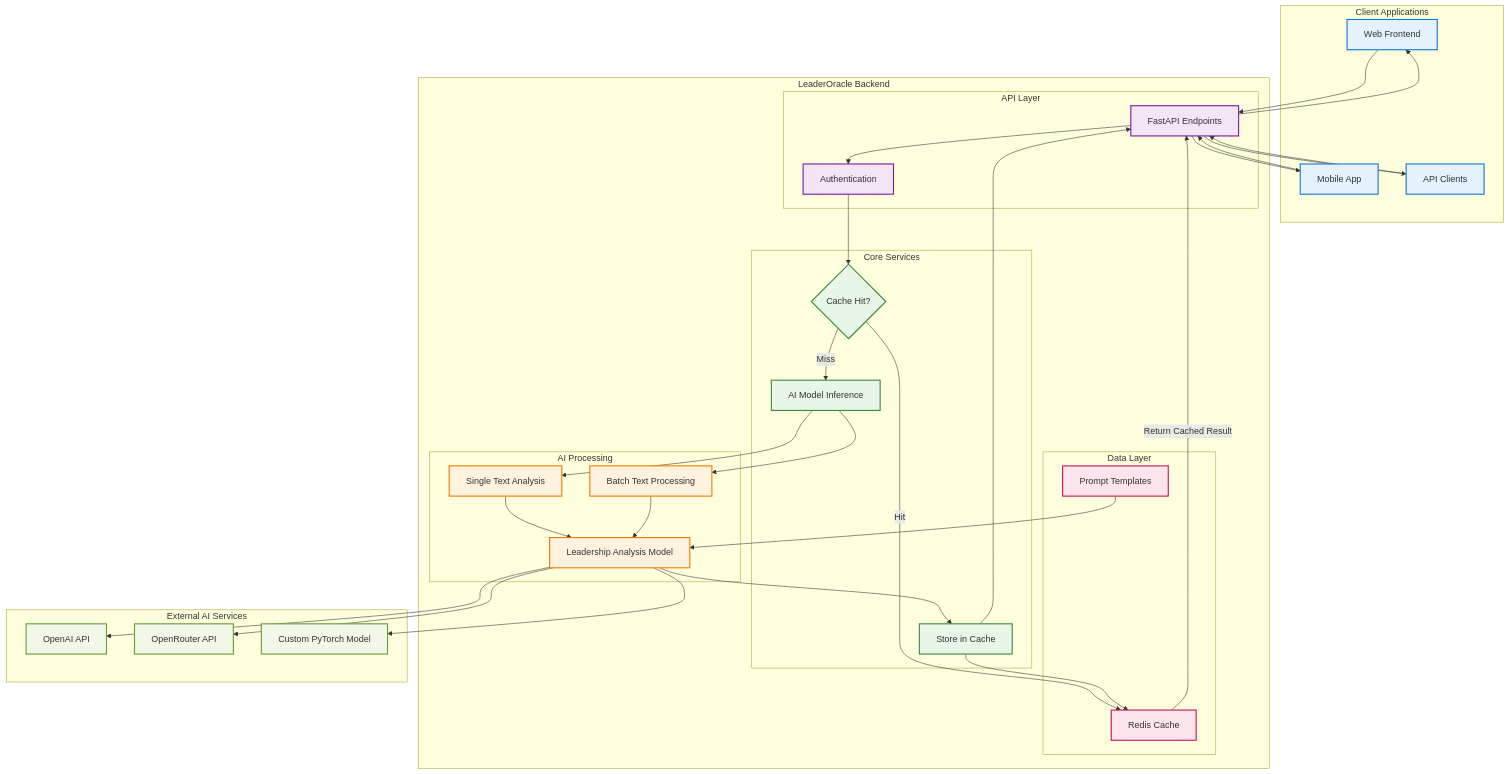
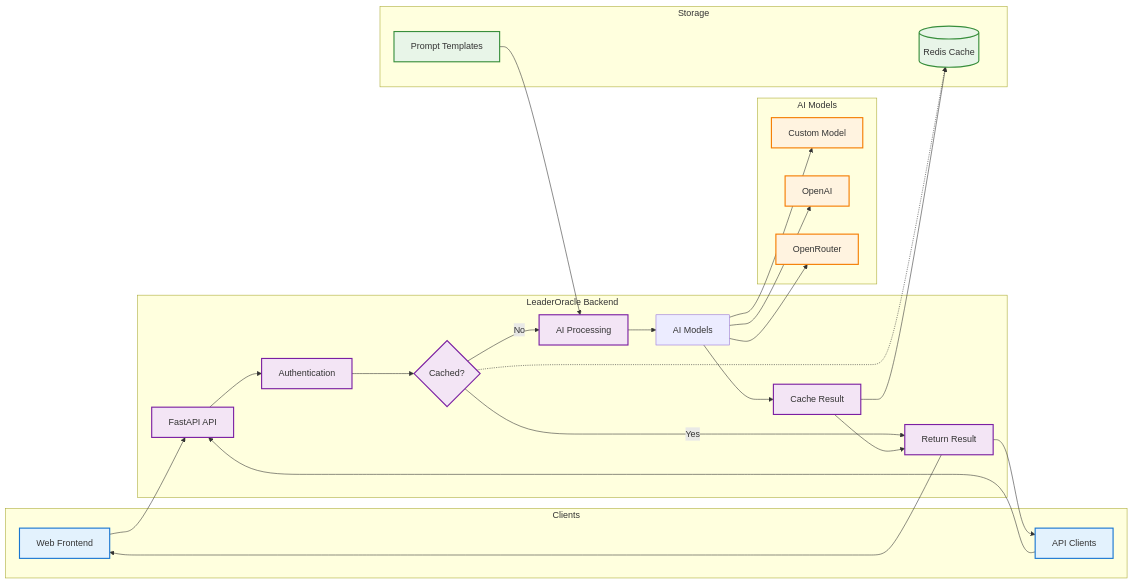
The diagram in README.md (blakeatech/Mistral7B-Implementation), drawn with Mermaid before and after one commit. The commit also changed other lines of this file, not shown here.

Commit message:
Change to make engineering diagram more readable.

````diff
--- a/README.md
+++ b/README.md
@@ -51,91 +51,51 @@
 ```mermaid
-graph TD
-    subgraph "Client Applications"
+graph LR
+    subgraph "Clients"
         WEB[Web Frontend]
-        MOBILE[Mobile App]
-        API_CLIENT[API Clients]
+        API[API Clients]
     end
     
     subgraph "LeaderOracle Backend"
-        subgraph "API Layer"
-            ENDPOINT[FastAPI Endpoints]
-            AUTH[Authentication]
-        end
-        
-        subgraph "Core Services"
-            CACHE_CHECK{Cache Hit?}
-            AI_INFERENCE[AI Model Inference]
-            CACHE_STORE[Store in Cache]
-        end
-        
-        subgraph "AI Processing"
-            SINGLE[Single Text Analysis]
-            BATCH[Batch Text Processing]
-            MODEL[Leadership Analysis Model]
-        end
-        
-        subgraph "Data Layer"
-            REDIS[Redis Cache]
-            PROMPTS[Prompt Templates]
-        end
+        ENDPOINT[FastAPI API] --> AUTH[Authentication]
+        AUTH --> CACHE{Cached?}
+        CACHE -->|Yes| RETURN[Return Result]
+        CACHE -->|No| PROCESS[AI Processing]
+        PROCESS --> MODELS[AI Models]
+        MODELS --> STORE[Cache Result]
+        STORE --> RETURN
     end
     
-    subgraph "External AI Services"
-        OPENAI[OpenAI API]
-        OPENROUTER[OpenRouter API]
-        CUSTOM_MODEL[Custom PyTorch Model]
+    subgraph "AI Models"
+        CUSTOM[Custom Model]
+        OPENAI[OpenAI]
+        OPENROUTER[OpenRouter]
     end
     
-    %% Client to API flow
+    subgraph "Storage"
+        REDIS[(Redis Cache)]
+        PROMPTS[Prompt Templates]
+    end
+    
+    %% Connections
     WEB --> ENDPOINT
-    MOBILE --> ENDPOINT
-    API_CLIENT --> ENDPOINT
-    
-    %% Authentication flow
-    ENDPOINT --> AUTH
-    AUTH --> CACHE_CHECK
-    
-    %% Cache flow
-    CACHE_CHECK -->|Hit| REDIS
-    REDIS -->|Return Cached Result| ENDPOINT
-    
-    %% AI Processing flow
-    CACHE_CHECK -->|Miss| AI_INFERENCE
-    AI_INFERENCE --> SINGLE
-    AI_INFERENCE --> BATCH
-    
-    %% Model processing
-    SINGLE --> MODEL
-    BATCH --> MODEL
-    MODEL --> CUSTOM_MODEL
-    MODEL --> OPENAI
-    MODEL --> OPENROUTER
-    
-    %% Template usage
-    PROMPTS --> MODEL
-    
-    %% Cache storage
-    MODEL --> CACHE_STORE
-    CACHE_STORE --> REDIS
-    
-    %% Response flow
-    CACHE_STORE --> ENDPOINT
-    ENDPOINT --> WEB
-    ENDPOINT --> MOBILE
-    ENDPOINT --> API_CLIENT
+    API --> ENDPOINT
+    MODELS --> CUSTOM
+    MODELS --> OPENAI
+    MODELS --> OPENROUTER
+    PROMPTS --> PROCESS
+    CACHE -.-> REDIS
+    STORE --> REDIS
+    RETURN --> WEB
+    RETURN --> API
     
     %% Styling
     classDef client fill:#e3f2fd,stroke:#1976d2,stroke-width:2px
-    classDef api fill:#f3e5f5,stroke:#7b1fa2,stroke-width:2px
-    classDef core fill:#e8f5e8,stroke:#388e3c,stroke-width:2px
-    classDef ai fill:#fff3e0,stroke:#f57c00,stroke-width:2px
-    classDef data fill:#fce4ec,stroke:#c2185b,stroke-width:2px
-    classDef external fill:#f1f8e9,stroke:#689f38,stroke-width:2px
+    classDef backend fill:#f3e5f5,stroke:#7b1fa2,stroke-width:2px
+    classDef models fill:#fff3e0,stroke:#f57c00,stroke-width:2px
+    classDef storage fill:#e8f5e8,stroke:#388e3c,stroke-width:2px
     
-    class WEB,MOBILE,API_CLIENT client
-    class ENDPOINT,AUTH api
-    class CACHE_CHECK,AI_INFERENCE,CACHE_STORE core
-    class SINGLE,BATCH,MODEL ai
-    class REDIS,PROMPTS data
-    class OPENAI,OPENROUTER,CUSTOM_MODEL external
+    class WEB,API client
+    class ENDPOINT,AUTH,CACHE,PROCESS,STORE,RETURN backend
+    class CUSTOM,OPENAI,OPENROUTER models
+    class REDIS,PROMPTS storage
 ```
````
